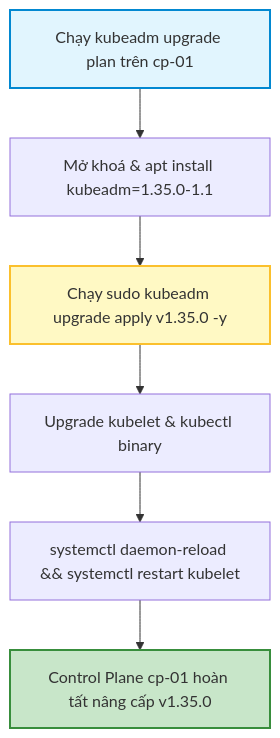
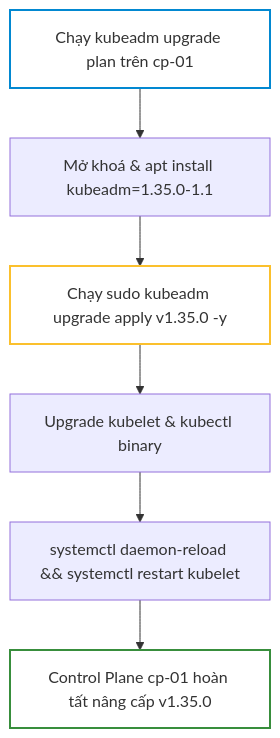
One commit to kiennt308/ntk changed the first of 3 diagrams in _posts/2026-09-12-cka-08-08-nang-cap-cum-va-node.md. Above: the diagram before and after it, drawn with Mermaid. The commit also changed other lines of this file and 207 other files, not shown here.

Commit message:
feat(posts): batch standardize all 208 posts with TL;DR, qa-card accordion, fill:none mermaid, and liquid raw wrappers

````diff
--- a/_posts/2026-09-12-cka-08-08-nang-cap-cum-va-node.md
+++ b/_posts/2026-09-12-cka-08-08-nang-cap-cum-va-node.md
@@ -155,12 +159,12 @@
 ```mermaid
 graph TD
     A["Chạy kubeadm upgrade plan trên cp-01"] --> B["Mở khoá & apt install kubeadm=1.35.0-1.1"]
     B --> C["Chạy sudo kubeadm upgrade apply v1.35.0 -y"]
     C --> D["Upgrade kubelet & kubectl binary"]
     D --> E["systemctl daemon-reload && systemctl restart kubelet"]
     E --> F["Control Plane cp-01 hoàn tất nâng cấp v1.35.0"]
 
-    style A fill:#e1f5fe,stroke:#0288d1,stroke-width:2px
-    style C fill:#fff9c4,stroke:#fbc02d,stroke-width:2px
-    style F fill:#c8e6c9,stroke:#388e3c,stroke-width:2px
+    style A fill:none,stroke:#0288d1,stroke-width:2px
+    style C fill:none,stroke:#fbc02d,stroke-width:2px
+    style F fill:none,stroke:#388e3c,stroke-width:2px
 ```
````
